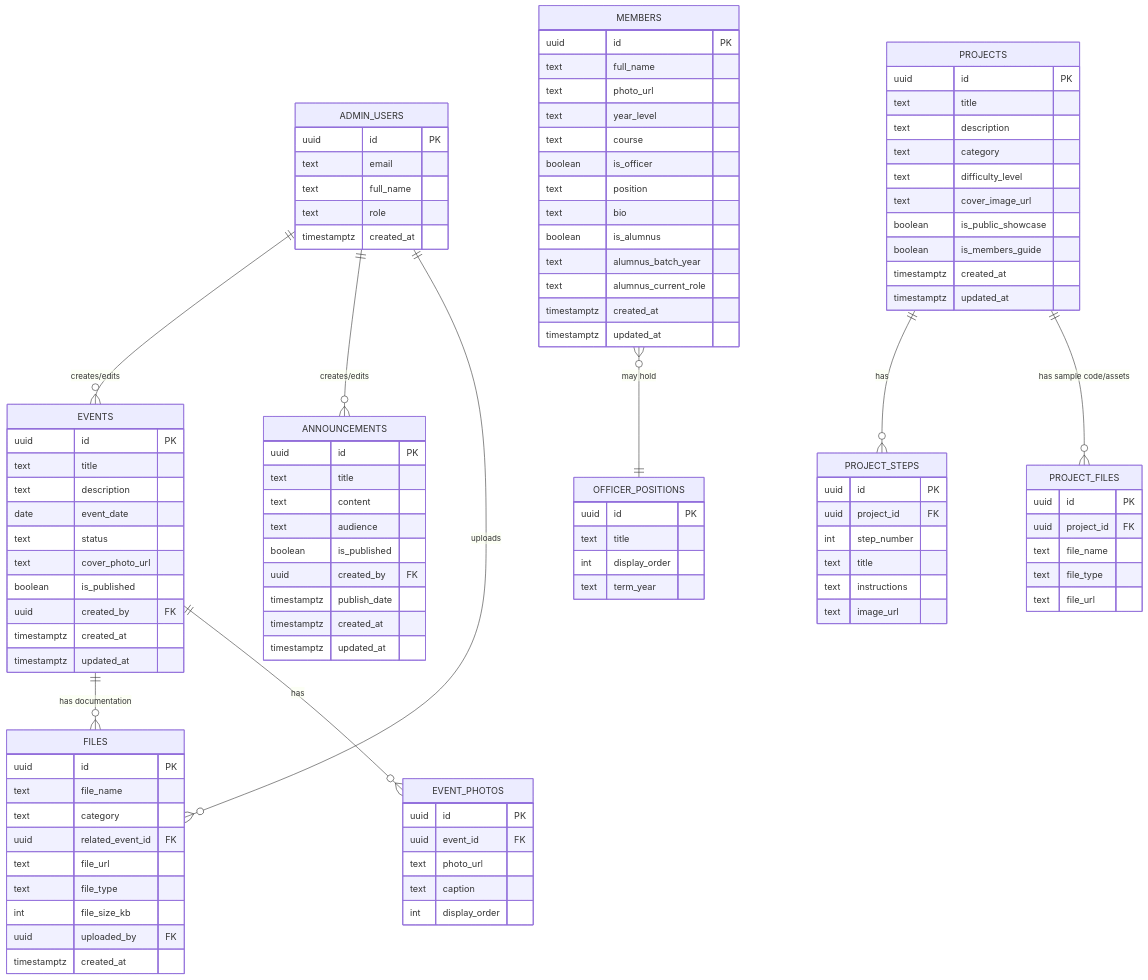
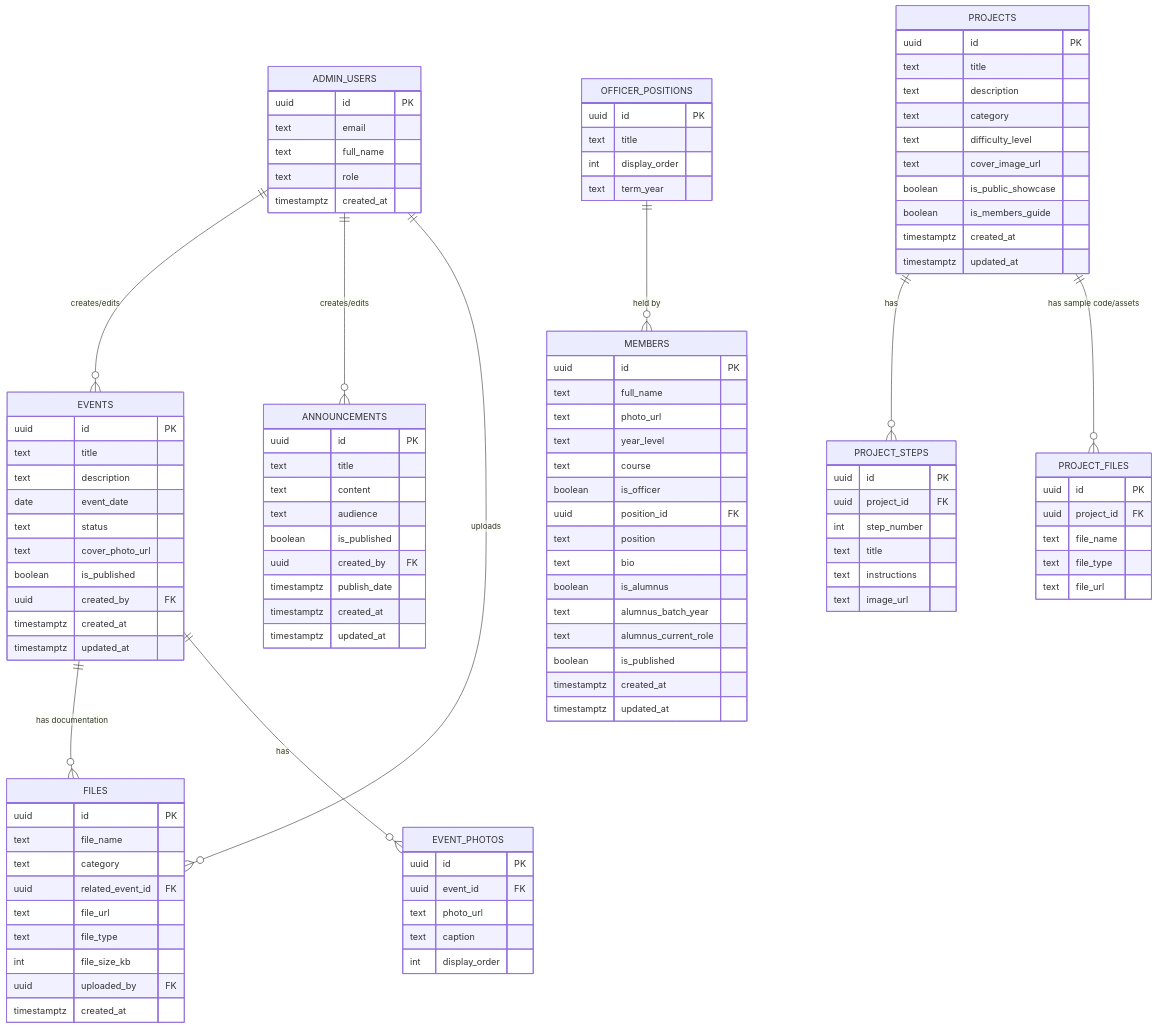
One commit to chariz1101/cyb-robotics-website changed the diagram in docs/schema.md. Above: the diagram before and after it, drawn with Mermaid. The commit also changed other lines of this file and 3 other files, not shown here.

First line of the commit message:
Add runnable Supabase migrations and fix schema gaps

```diff
--- a/docs/schema.md
+++ b/docs/schema.md
@@ -15,7 +15,7 @@
     ADMIN_USERS ||--o{ EVENTS : "creates/edits"
     ADMIN_USERS ||--o{ ANNOUNCEMENTS : "creates/edits"
     ADMIN_USERS ||--o{ FILES : "uploads"
-    MEMBERS }o--|| OFFICER_POSITIONS : "may hold"
+    OFFICER_POSITIONS ||--o{ MEMBERS : "held by"
     EVENTS ||--o{ FILES : "has documentation"
     EVENTS ||--o{ EVENT_PHOTOS : "has"
     PROJECTS ||--o{ PROJECT_STEPS : "has"
@@ -28,11 +28,13 @@
         text year_level
         text course
         boolean is_officer
+        uuid position_id FK
         text position
         text bio
         boolean is_alumnus
         text alumnus_batch_year
         text alumnus_current_role
+        boolean is_published
         timestamptz created_at
         timestamptz updated_at
     }
```
